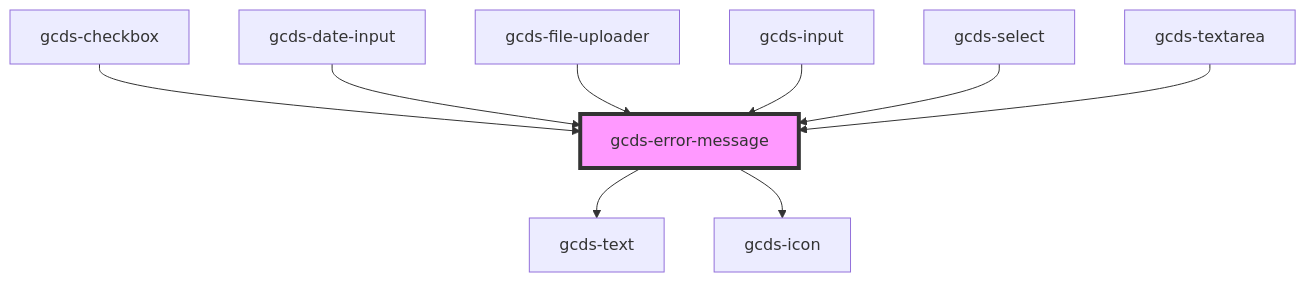
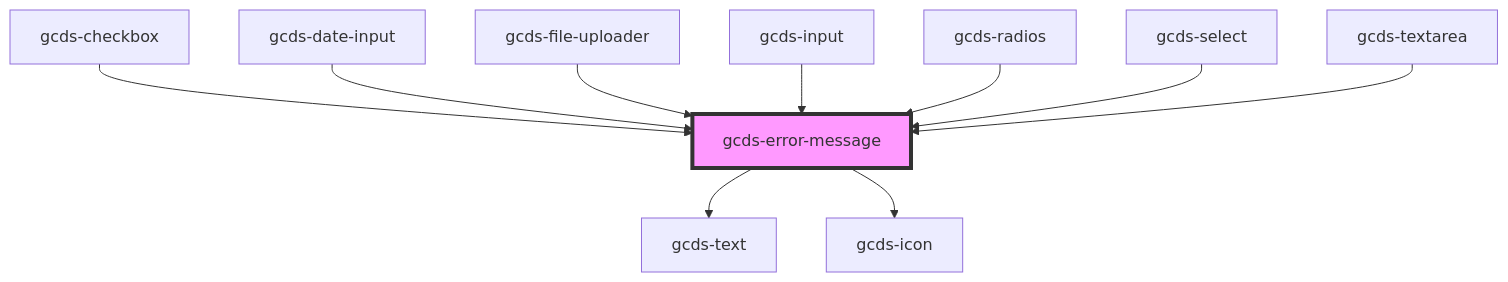
One commit to cds-snc/gcds-components changed the diagram in packages/web/src/components/gcds-error-message/readme.md. Above: the diagram before and after it, drawn with Mermaid. The commit also changed other lines of this file and 23 other files, not shown here.

First line of the commit message:
feat: Add gcds-radios component (#760)

````diff
--- a/packages/web/src/components/gcds-error-message/readme.md
+++ b/packages/web/src/components/gcds-error-message/readme.md
@@ -32,12 +33,13 @@
 ```mermaid
 graph TD;
   gcds-error-message --> gcds-text
   gcds-error-message --> gcds-icon
   gcds-checkbox --> gcds-error-message
   gcds-date-input --> gcds-error-message
   gcds-file-uploader --> gcds-error-message
   gcds-input --> gcds-error-message
+  gcds-radios --> gcds-error-message
   gcds-select --> gcds-error-message
   gcds-textarea --> gcds-error-message
   style gcds-error-message fill:#f9f,stroke:#333,stroke-width:4px
 ```
````
